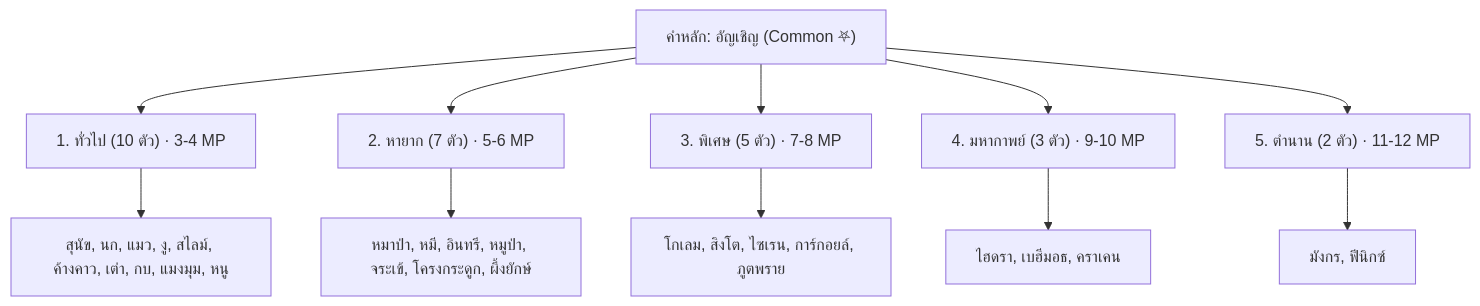
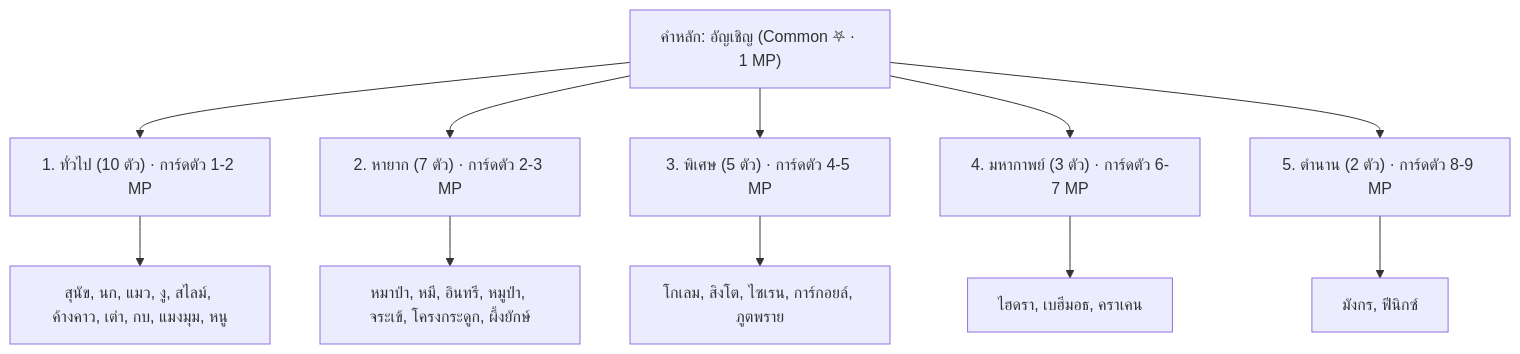
Before and after one commit to tjiravallop/Spell-Project: the first of 2 diagrams in DESIGN_SUMMON_SYSTEM.md, drawn with Mermaid. The commit also changed other lines of this file and 1 other file, not shown here.

Commit message:
docs: update summon system with additive mana formula and 3 common cards review

````diff
--- a/DESIGN_SUMMON_SYSTEM.md
+++ b/DESIGN_SUMMON_SYSTEM.md
@@ -79,15 +98,15 @@
 ```mermaid
 graph TD
-    Summon["คำหลัก: อัญเชิญ (Common ⛧)"]
-    Summon --> Common["1. ทั่วไป (10 ตัว) · 3-4 MP"]
-    Summon --> Rare["2. หายาก (7 ตัว) · 5-6 MP"]
-    Summon --> Special["3. พิเศษ (5 ตัว) · 7-8 MP"]
-    Summon --> Epic["4. มหากาพย์ (3 ตัว) · 9-10 MP"]
-    Summon --> Legendary["5. ตำนาน (2 ตัว) · 11-12 MP"]
+    Summon["คำหลัก: อัญเชิญ (Common ⛧ · 1 MP)"]
+    Summon --> Common["1. ทั่วไป (10 ตัว) · การ์ดตัว 1-2 MP"]
+    Summon --> Rare["2. หายาก (7 ตัว) · การ์ดตัว 2-3 MP"]
+    Summon --> Special["3. พิเศษ (5 ตัว) · การ์ดตัว 4-5 MP"]
+    Summon --> Epic["4. มหากาพย์ (3 ตัว) · การ์ดตัว 6-7 MP"]
+    Summon --> Legendary["5. ตำนาน (2 ตัว) · การ์ดตัว 8-9 MP"]
     
     Common --> C_List["สุนัข, นก, แมว, งู, สไลม์, ค้างคาว, เต่า, กบ, แมงมุม, หนู"]
     Rare --> R_List["หมาป่า, หมี, อินทรี, หมูป่า, จระเข้, โครงกระดูก, ผึ้งยักษ์"]
     Special --> S_List["โกเลม, สิงโต, ไซเรน, การ์กอยล์, ภูตพราย"]
     Epic --> E_List["ไฮดรา, เบฮีมอธ, คราเคน"]
     Legendary --> L_List["มังกร, ฟีนิกซ์"]
 ```
````
